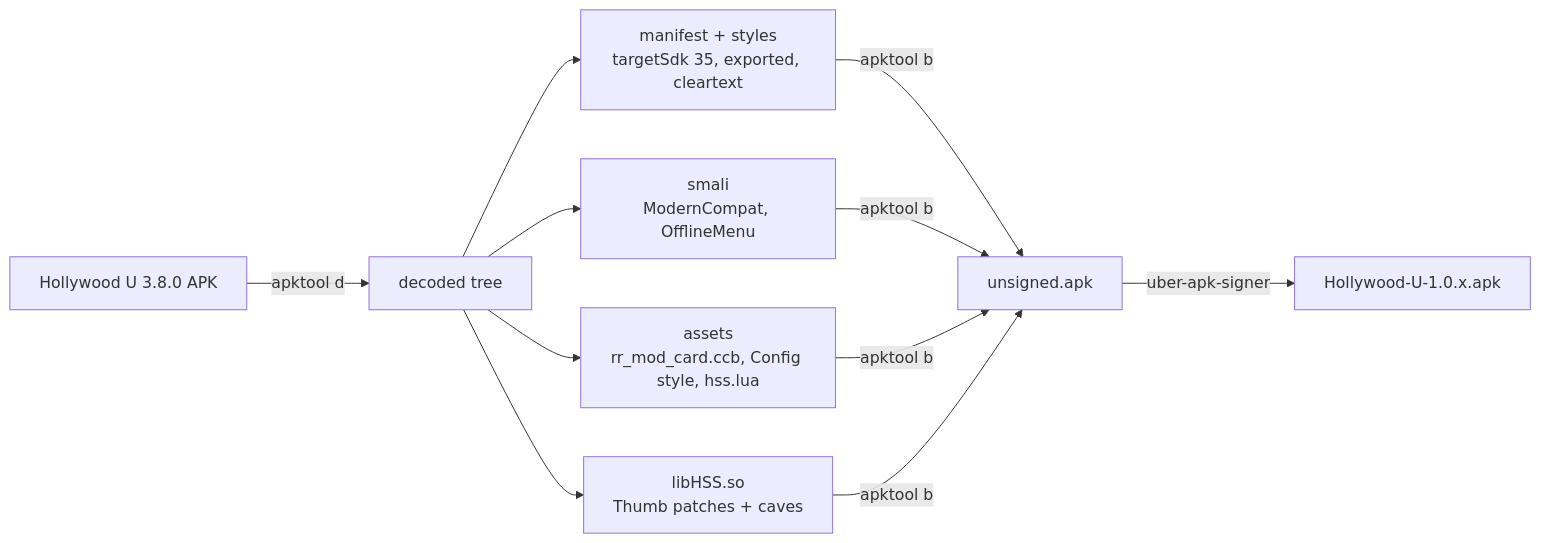
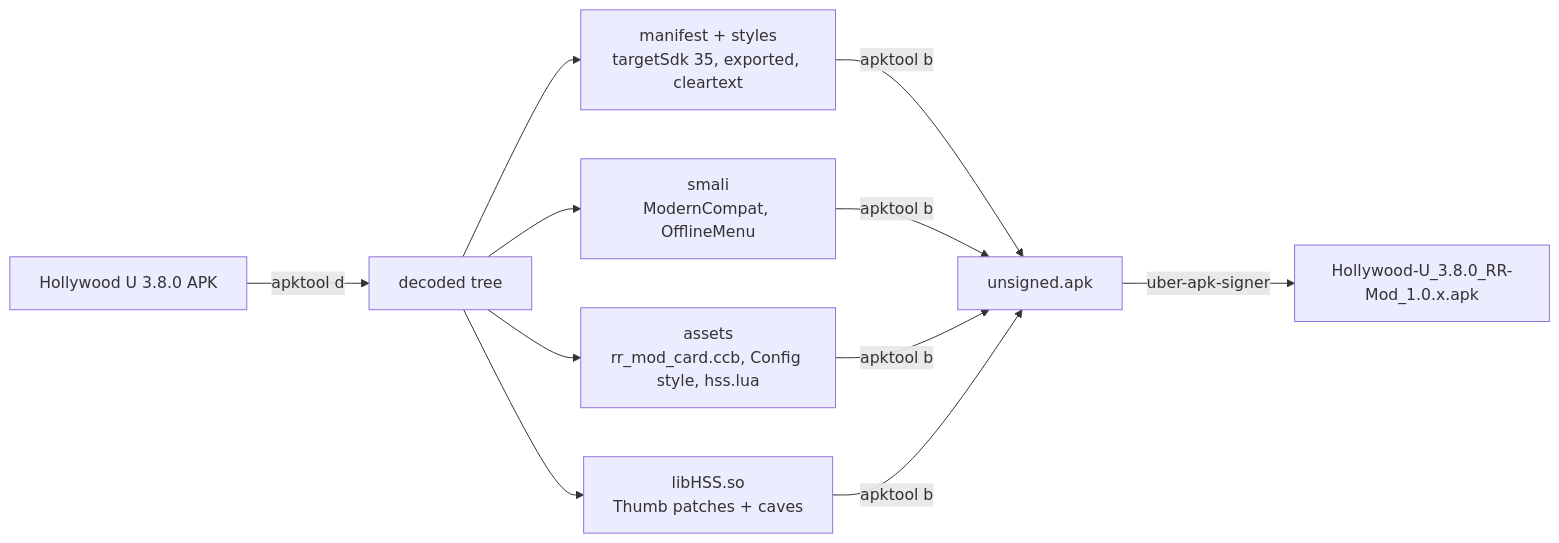
One commit to RobyRew/hollywood-u-rising-stars changed the diagram in README.md. Above: the diagram before and after it, drawn with Mermaid. The commit also changed other lines of this file and 4 other files, not shown here.

````diff
--- a/README.md
+++ b/README.md
@@ -116,10 +118,10 @@
 ```mermaid
 flowchart LR
     A[Hollywood U 3.8.0 APK] -->|apktool d| B[decoded tree]
     B --> C[manifest + styles<br/>targetSdk 35, exported, cleartext]
     B --> D[smali<br/>ModernCompat, OfflineMenu]
     B --> E[assets<br/>rr_mod_card.ccb, Config style, hss.lua]
     B --> F[libHSS.so<br/>Thumb patches + caves]
     C & D & E & F -->|apktool b| G[unsigned.apk]
-    G -->|uber-apk-signer| H[Hollywood-U-1.0.x.apk]
+    G -->|uber-apk-signer| H[Hollywood-U_3.8.0_RR-Mod_1.0.x.apk]
 ```
````
